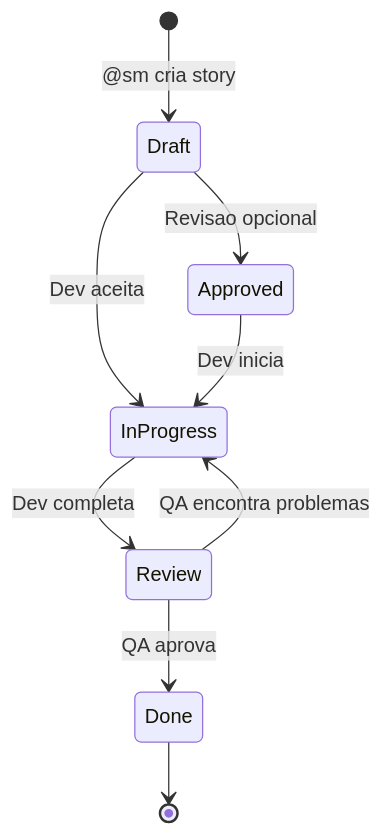
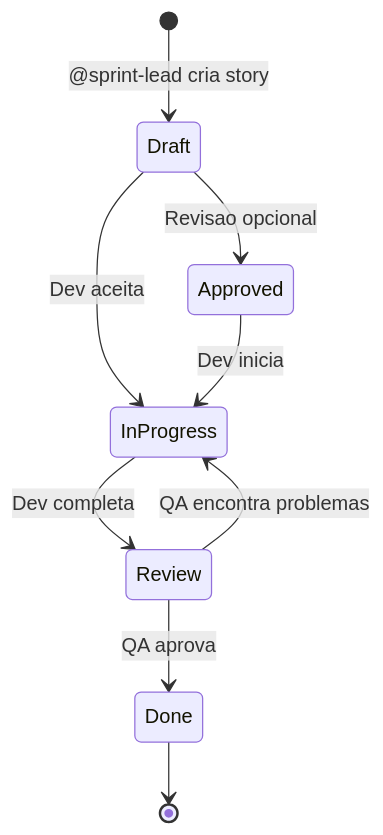
The sixth of 9 diagrams in docs/guides/workflows/GREENFIELD-FULLSTACK-WORKFLOW.md (caioimori/sinapse-ai), drawn with Mermaid before and after one commit. The commit also changed other lines of this file and 873 other files, not shown here.

````diff
--- a/docs/guides/workflows/GREENFIELD-FULLSTACK-WORKFLOW.md
+++ b/docs/guides/workflows/GREENFIELD-FULLSTACK-WORKFLOW.md
@@ -418,11 +418,11 @@
 ```mermaid
 stateDiagram-v2
-    [*] --> Draft: @sm cria story
+    [*] --> Draft: @sprint-lead cria story
     Draft --> Approved: Revisao opcional
     Draft --> InProgress: Dev aceita
     Approved --> InProgress: Dev inicia
     InProgress --> Review: Dev completa
     Review --> InProgress: QA encontra problemas
     Review --> Done: QA aprova
     Done --> [*]
 ```
````
